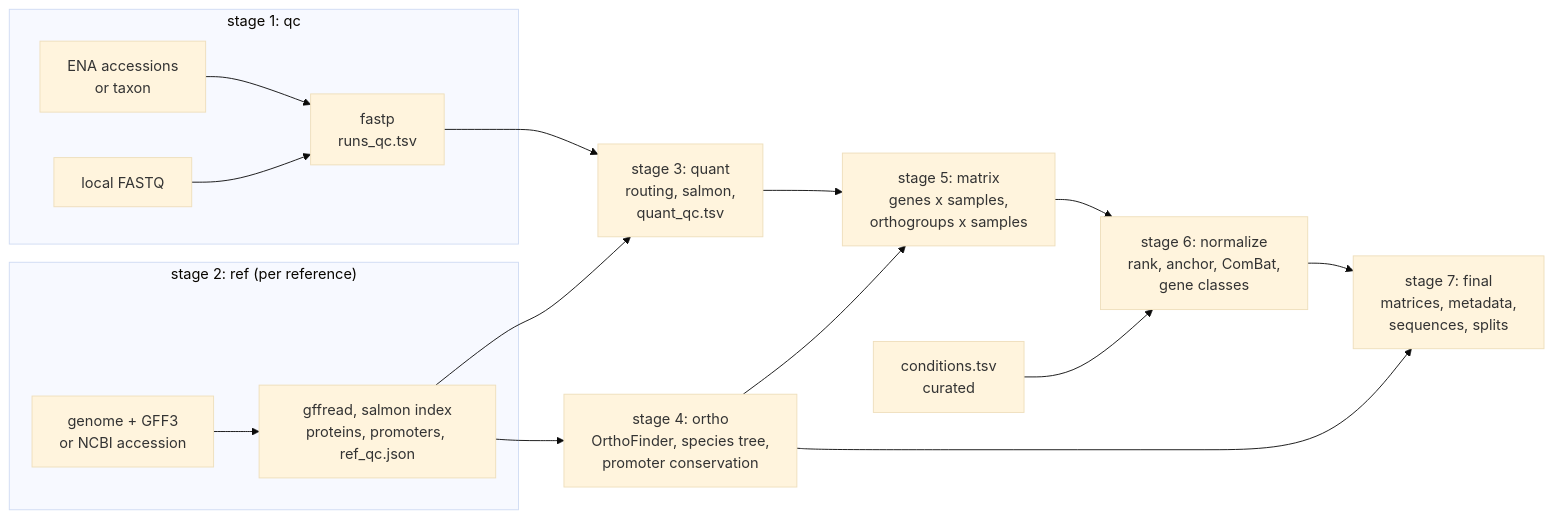
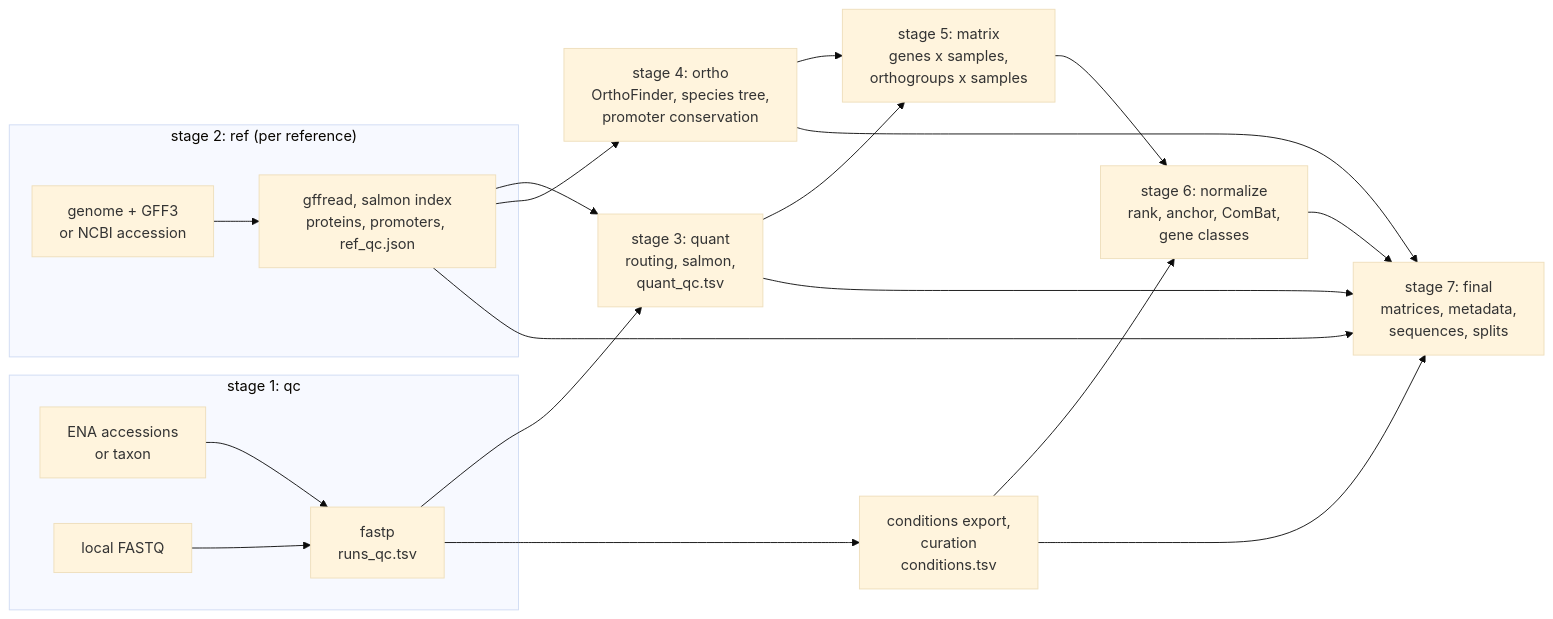
The diagram in README.md (StanGoleb/igem-warsaw-rnaseq), drawn with Mermaid (base theme) before and after one commit.

Commit message:
Complete workflow diagram

````diff
--- a/README.md
+++ b/README.md
@@ -85,19 +85,23 @@
 ```mermaid
 flowchart LR
     subgraph reads["stage 1: qc"]
         E[ENA accessions<br/>or taxon] --> Q["fastp<br/>runs_qc.tsv"]
         L[local FASTQ] --> Q
     end
     subgraph refs["stage 2: ref (per reference)"]
         G[genome + GFF3<br/>or NCBI accession] --> R["gffread, salmon index<br/>proteins, promoters, ref_qc.json"]
     end
     Q --> S["stage 3: quant<br/>routing, salmon,<br/>quant_qc.tsv"]
     R --> S
     R --> O["stage 4: ortho<br/>OrthoFinder, species tree,<br/>promoter conservation"]
     S --> M["stage 5: matrix<br/>genes x samples,<br/>orthogroups x samples"]
     O --> M
     M --> N["stage 6: normalize<br/>rank, anchor, ComBat,<br/>gene classes"]
     N --> F["stage 7: final<br/>matrices, metadata,<br/>sequences, splits"]
     O --> F
-    C[conditions.tsv<br/>curated] --> N
+    R --> F
+    S --> F
+    Q --> C["conditions export,<br/>curation<br/>conditions.tsv"]
+    C --> N
+    C --> F
 ```
````
